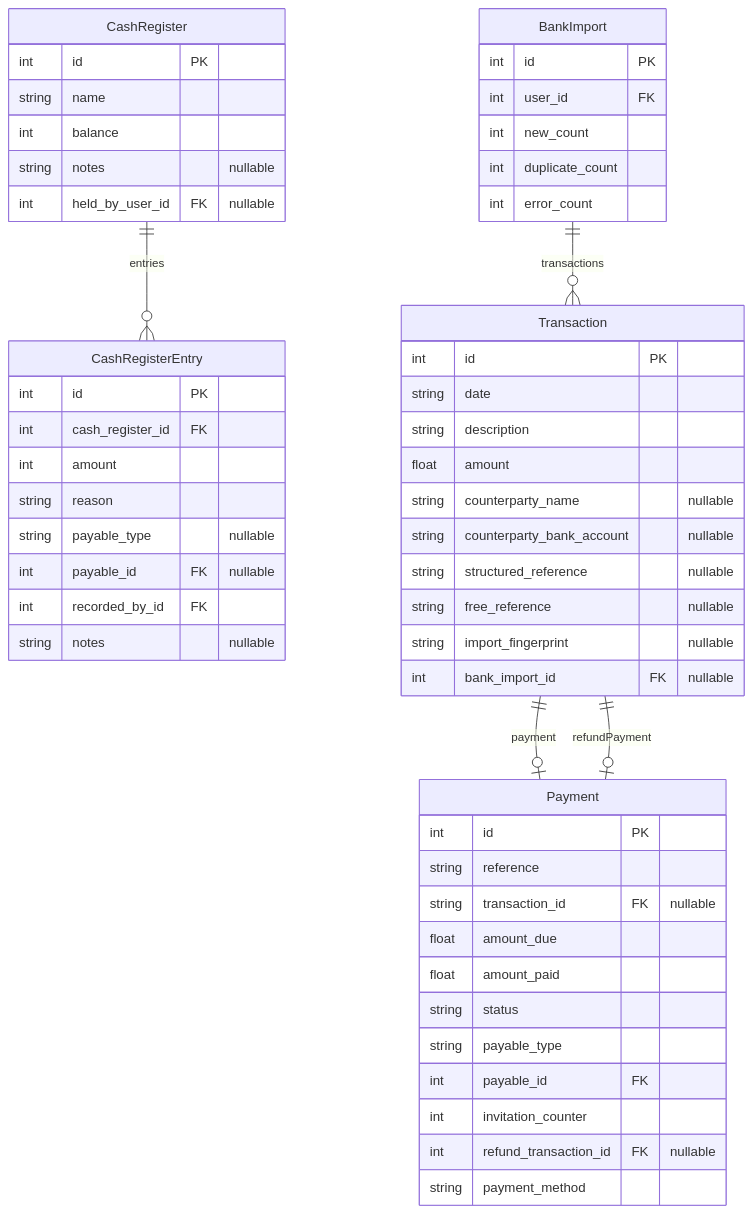
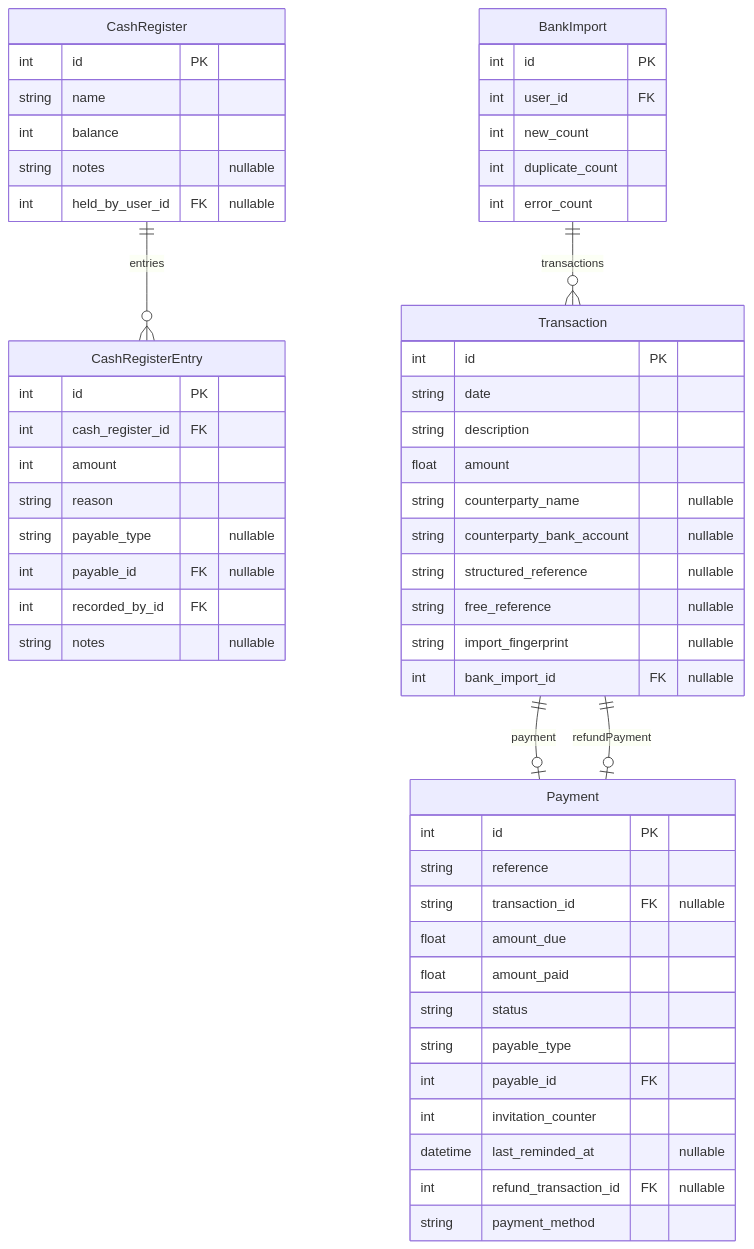
The diagram in docs/erd/clubadmin-payment.md (Paupoo/tabletennisclub-app), drawn with Mermaid before and after one commit. The commit also changed 7 other files, not shown here.

First line of the commit message:
chore(docs): regenerate the ERD, drift included

````diff
--- a/docs/erd/clubadmin-payment.md
+++ b/docs/erd/clubadmin-payment.md
@@ -3,57 +3,58 @@
 ```mermaid
 erDiagram
     BankImport {
         int id PK
         int user_id FK
         int new_count
         int duplicate_count
         int error_count
     }
     CashRegister {
         int id PK
         string name
         int balance
         string notes "nullable"
         int held_by_user_id FK "nullable"
     }
     CashRegisterEntry {
         int id PK
         int cash_register_id FK
         int amount
         string reason
         string payable_type "nullable"
         int payable_id FK "nullable"
         int recorded_by_id FK
         string notes "nullable"
     }
     Payment {
         int id PK
         string reference
         string transaction_id FK "nullable"
         float amount_due
         float amount_paid
         string status
         string payable_type
         int payable_id FK
         int invitation_counter
+        datetime last_reminded_at "nullable"
         int refund_transaction_id FK "nullable"
         string payment_method
     }
     Transaction {
         int id PK
         string date
         string description
         float amount
         string counterparty_name "nullable"
         string counterparty_bank_account "nullable"
         string structured_reference "nullable"
         string free_reference "nullable"
         string import_fingerprint "nullable"
         int bank_import_id FK "nullable"
     }
 
     BankImport ||--o{ Transaction : "transactions"
     CashRegister ||--o{ CashRegisterEntry : "entries"
     Transaction ||--o| Payment : "payment"
     Transaction ||--o| Payment : "refundPayment"
 ```
````
